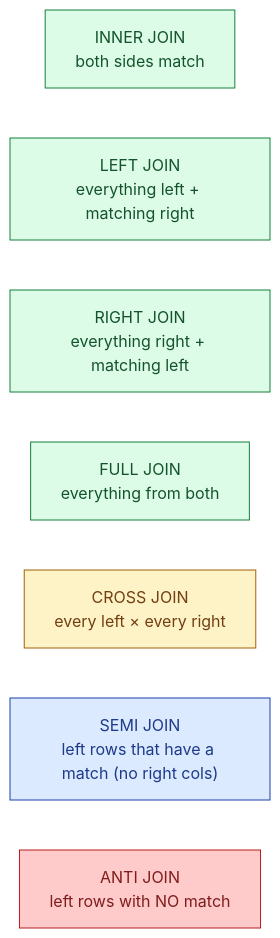
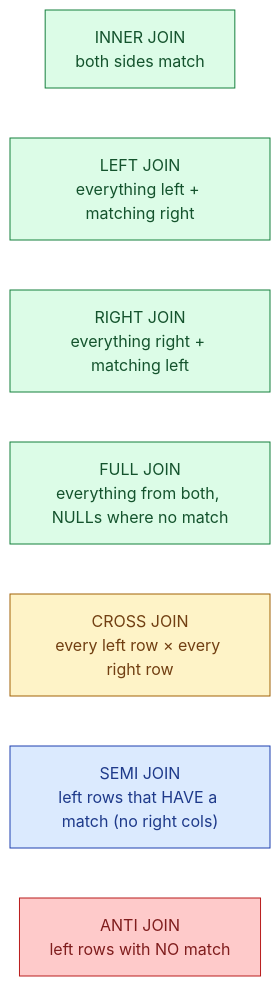
One commit to shiningflash/shiningflash.github.io changed the first of 3 diagrams in _de_concepts/004-join-shapes.md. Above: the diagram before and after it, drawn with Mermaid. The commit also changed other lines of this file and 5 other files, not shown here.

````diff
--- a/_de_concepts/004-join-shapes.md
+++ b/_de_concepts/004-join-shapes.md
@@ -12,15 +16,15 @@
 ```mermaid
 flowchart LR
     A["INNER JOIN<br/>both sides match"]:::g
     B["LEFT JOIN<br/>everything left + matching right"]:::g
     C["RIGHT JOIN<br/>everything right + matching left"]:::g
-    D["FULL JOIN<br/>everything from both"]:::g
-    E["CROSS JOIN<br/>every left × every right"]:::y
-    F["SEMI JOIN<br/>left rows that have a match (no right cols)"]:::b
+    D["FULL JOIN<br/>everything from both, NULLs where no match"]:::g
+    E["CROSS JOIN<br/>every left row × every right row"]:::y
+    F["SEMI JOIN<br/>left rows that HAVE a match (no right cols)"]:::b
     G["ANTI JOIN<br/>left rows with NO match"]:::r
 
     classDef g fill:#dcfce7,stroke:#15803d,color:#14532d
     classDef y fill:#fef3c7,stroke:#a16207,color:#713f12
     classDef b fill:#dbeafe,stroke:#1e40af,color:#1e3a8a
     classDef r fill:#fecaca,stroke:#b91c1c,color:#7f1d1d
 ```
````
